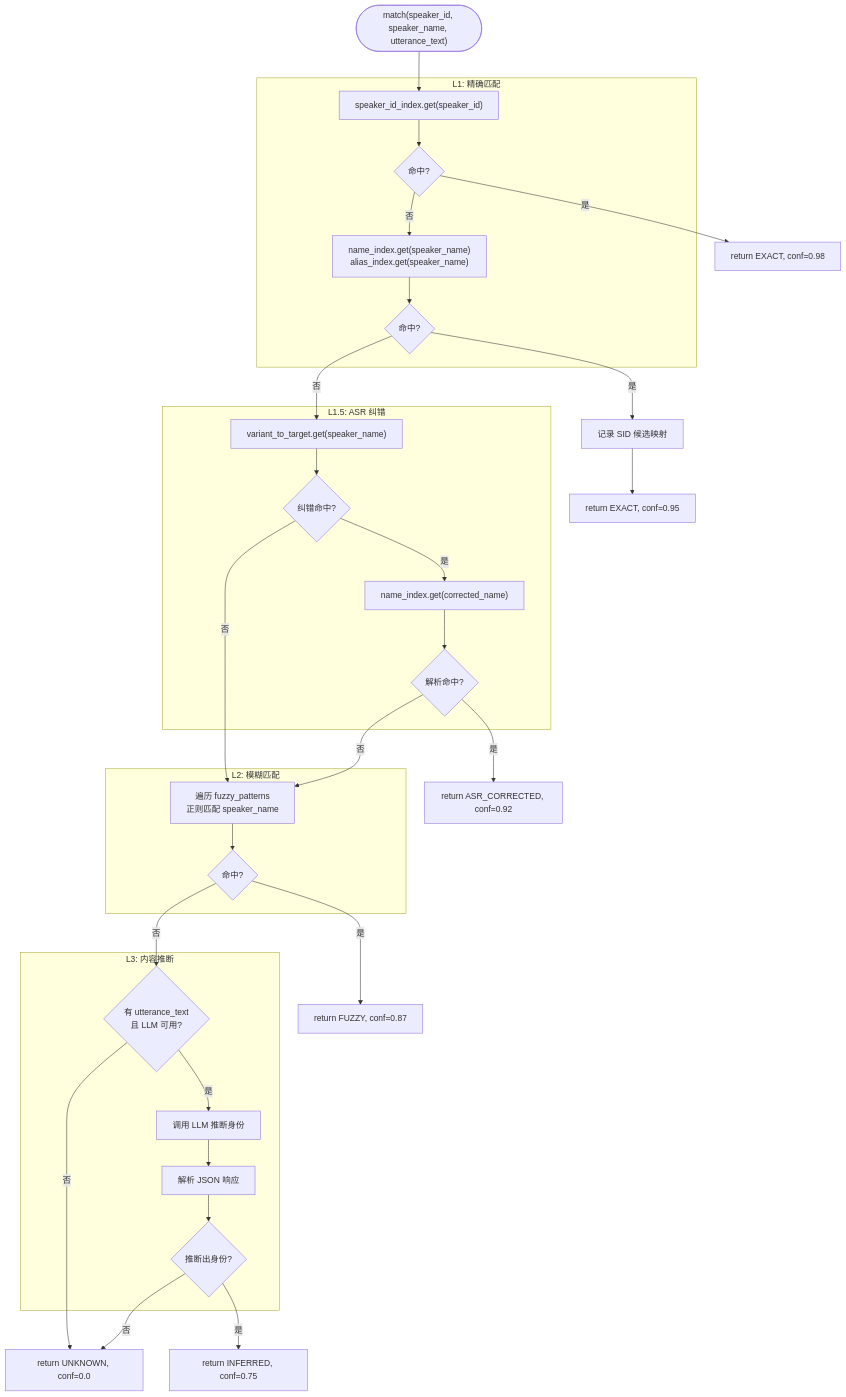
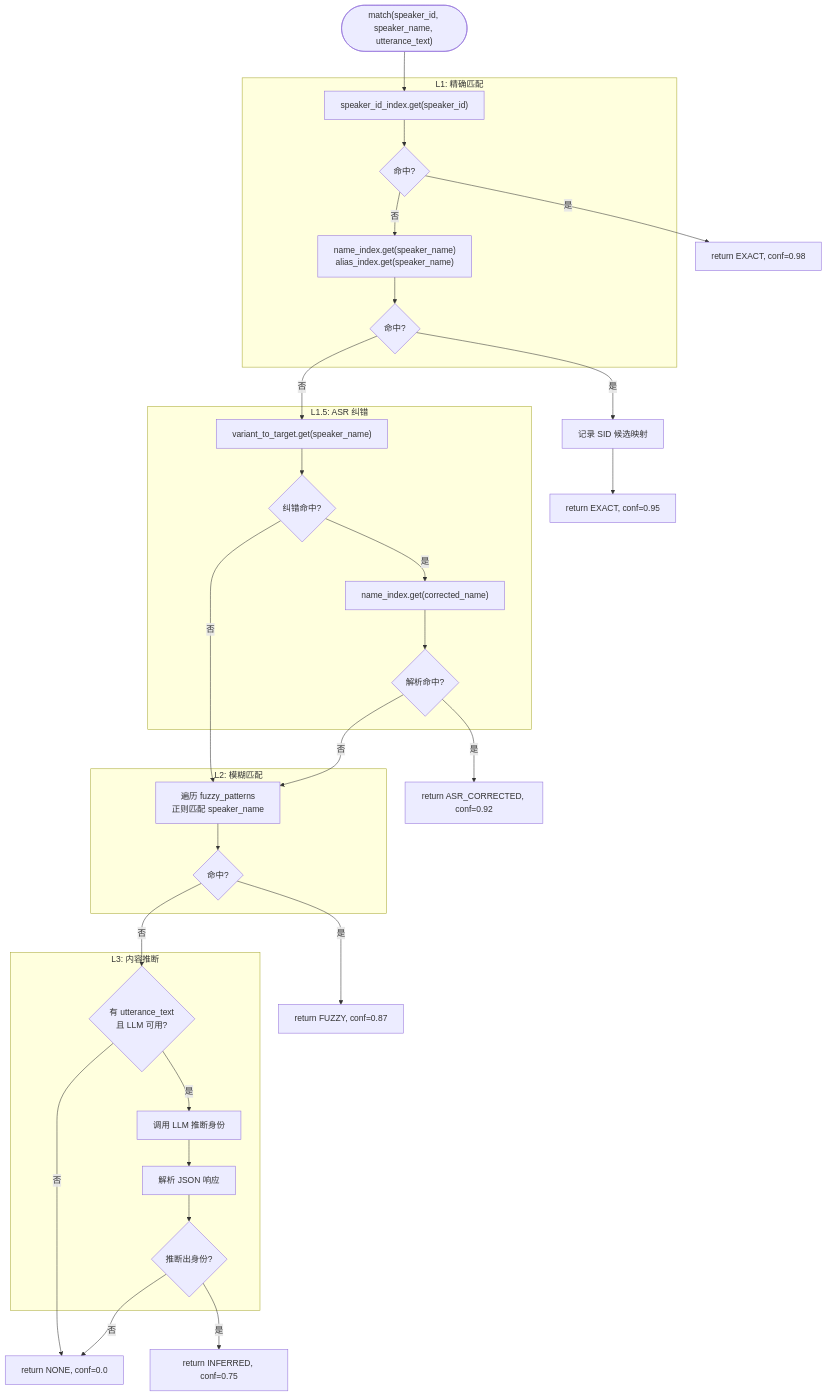
The fourth of 8 diagrams in docs/sections/arch_module6_config.md (SherlockHao/summary-pipeline), drawn with Mermaid before and after one commit. The commit also changed other lines of this file and 8 other files, not shown here.

````diff
--- a/docs/sections/arch_module6_config.md
+++ b/docs/sections/arch_module6_config.md
@@ -901,57 +975,57 @@
 ```mermaid
 flowchart TD
     START(["match(speaker_id, speaker_name, utterance_text)"])
 
     subgraph L1 ["L1: 精确匹配"]
         L1_SID["speaker_id_index.get(speaker_id)"]
         L1_SID_HIT{命中?}
         L1_NAME["name_index.get(speaker_name)<br/>alias_index.get(speaker_name)"]
         L1_NAME_HIT{命中?}
     end
 
     subgraph L15 ["L1.5: ASR 纠错"]
         L15_CORR["variant_to_target.get(speaker_name)"]
         L15_HIT{纠错命中?}
         L15_RESOLVE["name_index.get(corrected_name)"]
         L15_RESOLVE_HIT{解析命中?}
     end
 
     subgraph L2 ["L2: 模糊匹配"]
         L2_REGEX["遍历 fuzzy_patterns<br/>正则匹配 speaker_name"]
         L2_HIT{命中?}
     end
 
     subgraph L3 ["L3: 内容推断"]
         L3_CHECK{"有 utterance_text<br/>且 LLM 可用?"}
         L3_LLM["调用 LLM 推断身份"]
         L3_PARSE["解析 JSON 响应"]
         L3_HIT{推断出身份?}
     end
 
     START --> L1_SID
     L1_SID --> L1_SID_HIT
     L1_SID_HIT -->|是| R_EXACT["return EXACT, conf=0.98"]
     L1_SID_HIT -->|否| L1_NAME
     L1_NAME --> L1_NAME_HIT
     L1_NAME_HIT -->|是| REC1["记录 SID 候选映射"]
     REC1 --> R_EXACT2["return EXACT, conf=0.95"]
     L1_NAME_HIT -->|否| L15_CORR
 
     L15_CORR --> L15_HIT
     L15_HIT -->|否| L2_REGEX
     L15_HIT -->|是| L15_RESOLVE
     L15_RESOLVE --> L15_RESOLVE_HIT
     L15_RESOLVE_HIT -->|是| R_ASR["return ASR_CORRECTED, conf=0.92"]
     L15_RESOLVE_HIT -->|否| L2_REGEX
 
     L2_REGEX --> L2_HIT
     L2_HIT -->|是| R_FUZZY["return FUZZY, conf=0.87"]
     L2_HIT -->|否| L3_CHECK
 
-    L3_CHECK -->|否| R_UNKNOWN["return UNKNOWN, conf=0.0"]
+    L3_CHECK -->|否| R_NONE["return NONE, conf=0.0"]
     L3_CHECK -->|是| L3_LLM
     L3_LLM --> L3_PARSE
     L3_PARSE --> L3_HIT
     L3_HIT -->|是| R_INFERRED["return INFERRED, conf=0.75"]
-    L3_HIT -->|否| R_UNKNOWN
+    L3_HIT -->|否| R_NONE
 ```
````
